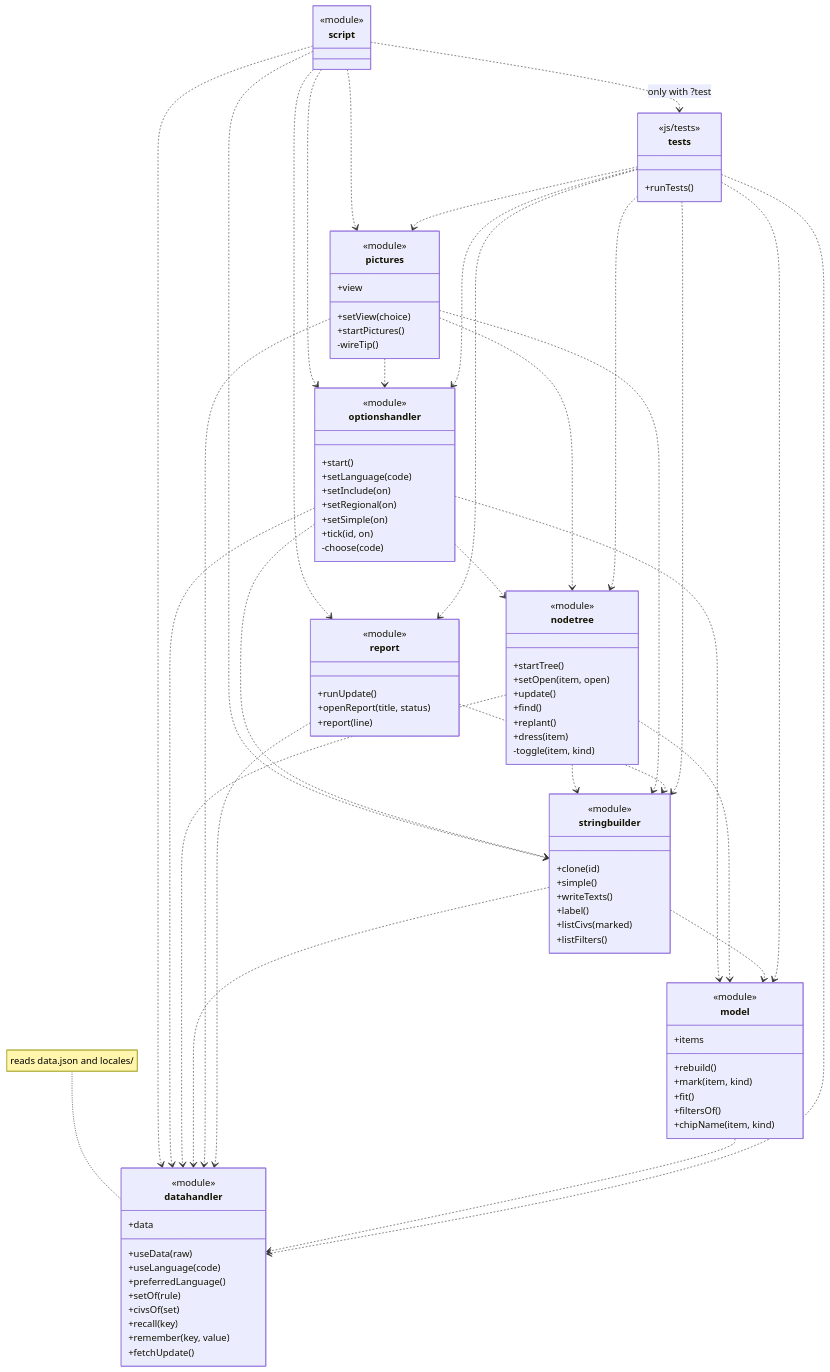
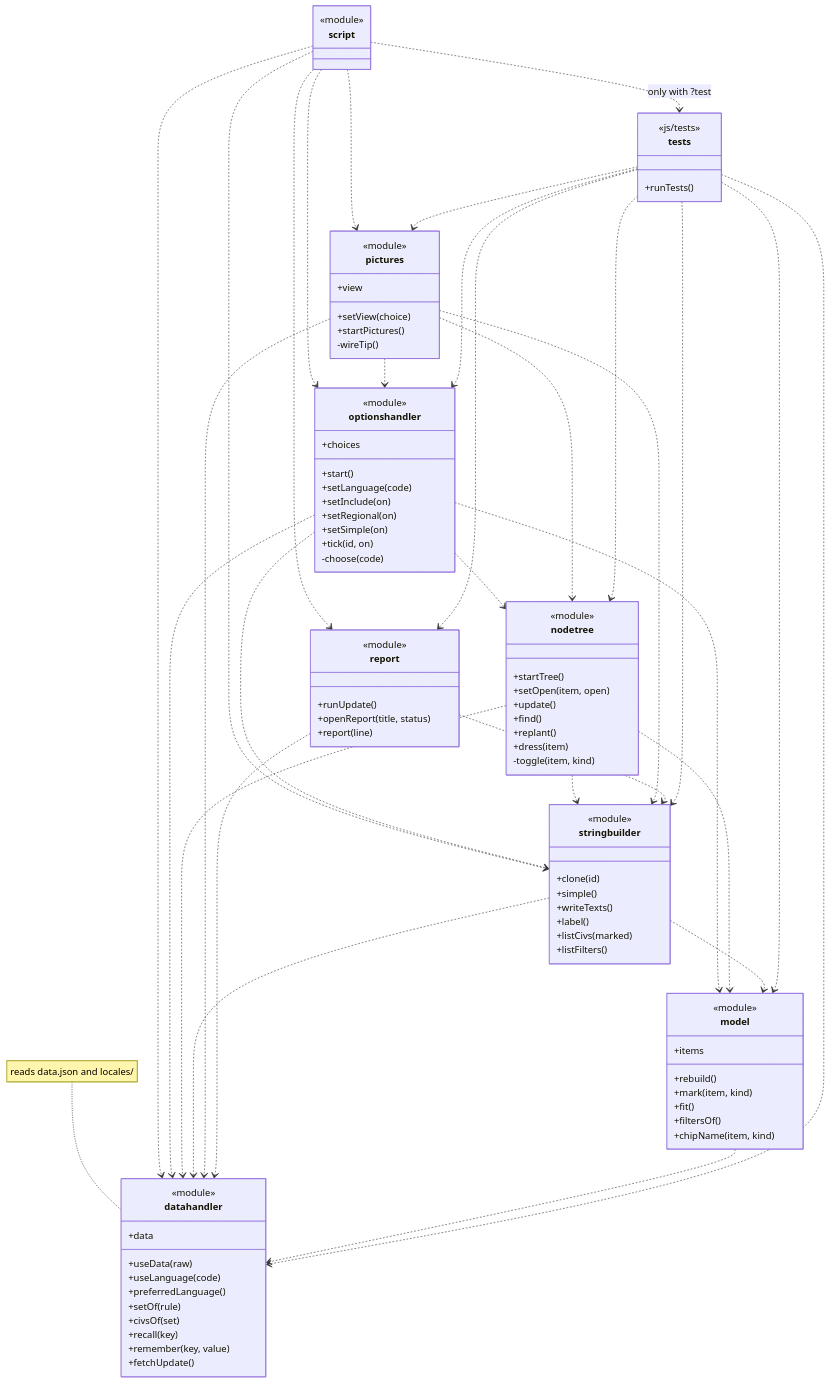
One commit to cnordenb/aoe2civexplorer changed the diagram in documentation/MAINTAINER.md. Above: the diagram before and after it, drawn with Mermaid. The commit also changed other lines of this file and 27 other files, not shown here.

```diff
--- a/documentation/MAINTAINER.md
+++ b/documentation/MAINTAINER.md
@@ -119,6 +119,7 @@
     +setRegional(on)
     +setSimple(on)
     +tick(id, on)
+    +choices
     -choose(code)
   }
   class nodetree {
```
